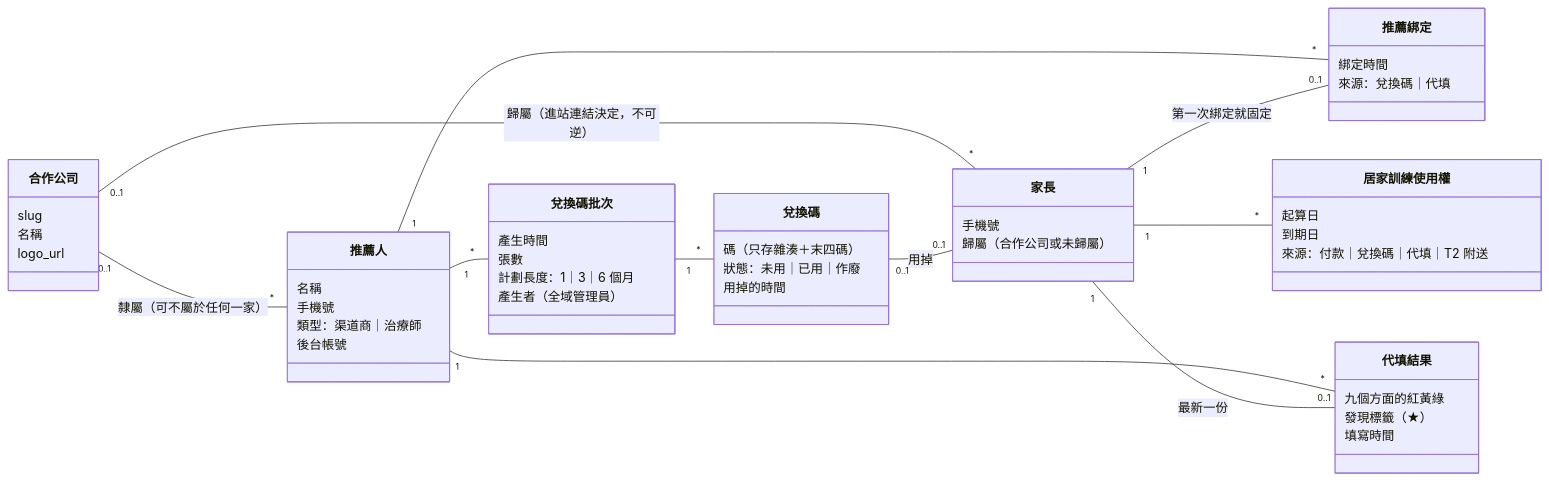
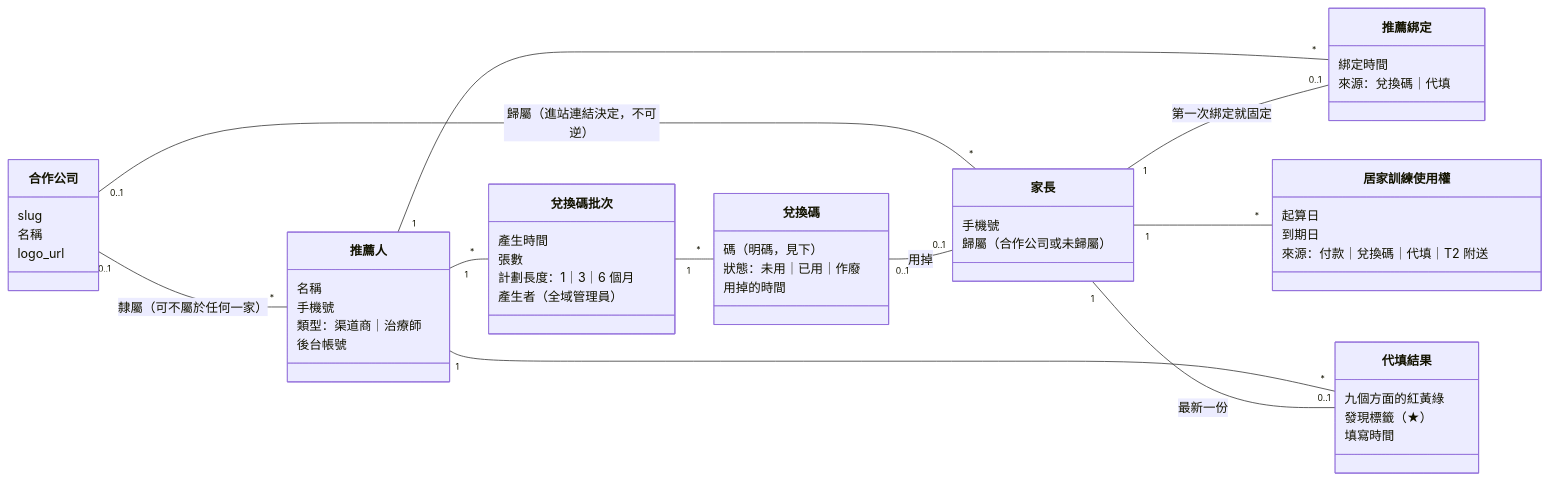
The third of 6 diagrams in docs/specs/client-changes-2026-10-22-diagrams.md (111707006/SXK), drawn with Mermaid before and after one commit. The commit also changed other lines of this file and 3 other files, not shown here.

````diff
--- a/docs/specs/client-changes-2026-10-22-diagrams.md
+++ b/docs/specs/client-changes-2026-10-22-diagrams.md
@@ -106,55 +106,55 @@
 ```mermaid
 classDiagram
   direction LR
   class 合作公司 {
     slug
     名稱
     logo_url
   }
   class 推薦人 {
     名稱
     手機號
     類型：渠道商｜治療師
     後台帳號
   }
   class 兌換碼批次 {
     產生時間
     張數
     計劃長度：1｜3｜6 個月
     產生者（全域管理員）
   }
   class 兌換碼 {
-    碼（只存雜湊＋末四碼）
+    碼（明碼，見下）
     狀態：未用｜已用｜作廢
     用掉的時間
   }
   class 家長 {
     手機號
     歸屬（合作公司或未歸屬）
   }
   class 推薦綁定 {
     綁定時間
     來源：兌換碼｜代填
   }
   class 居家訓練使用權 {
     起算日
     到期日
     來源：付款｜兌換碼｜代填｜T2 附送
   }
   class 代填結果 {
     九個方面的紅黃綠
     發現標籤（★）
     填寫時間
   }
 
   合作公司 "0..1" -- "*" 推薦人 : 隸屬（可不屬於任何一家）
   合作公司 "0..1" -- "*" 家長 : 歸屬（進站連結決定，不可逆）
   推薦人 "1" -- "*" 兌換碼批次
   兌換碼批次 "1" -- "*" 兌換碼
   兌換碼 "0..1" -- "0..1" 家長 : 用掉
   推薦人 "1" -- "*" 推薦綁定
   家長 "1" -- "0..1" 推薦綁定 : 第一次綁定就固定
   家長 "1" -- "*" 居家訓練使用權
   推薦人 "1" -- "*" 代填結果
   家長 "1" -- "0..1" 代填結果 : 最新一份
 ```
````
